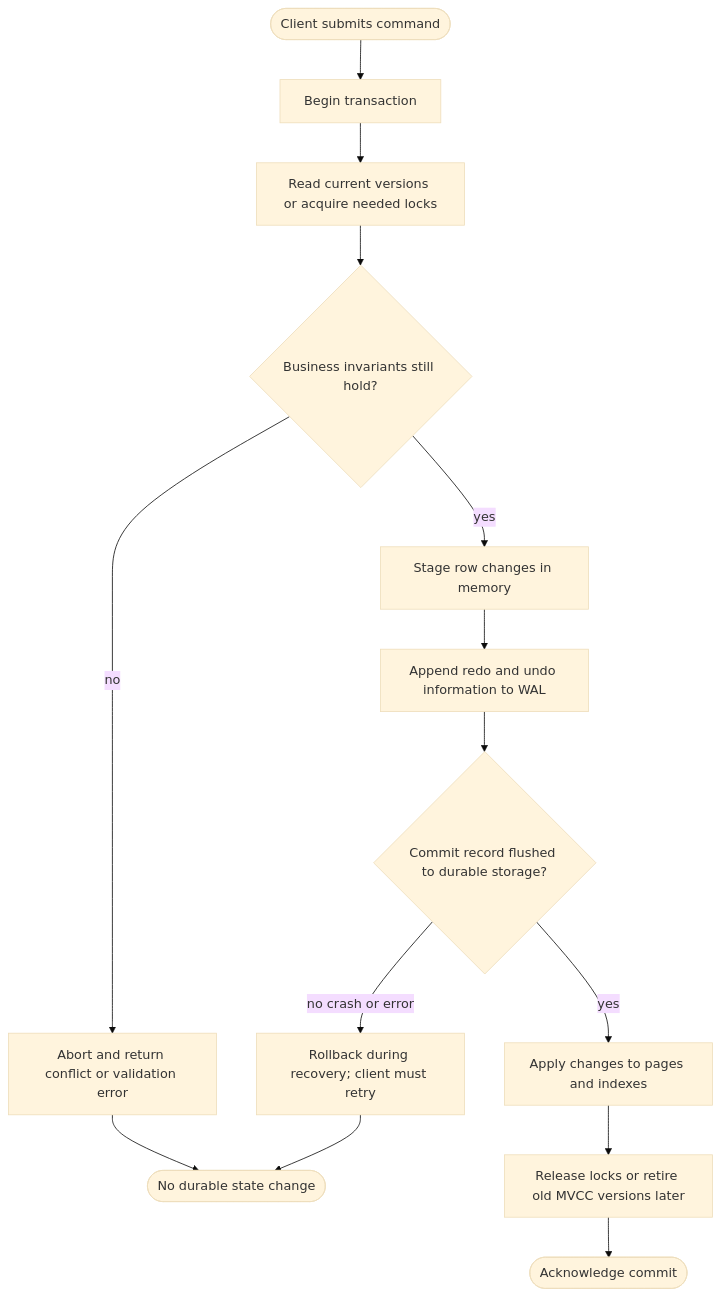
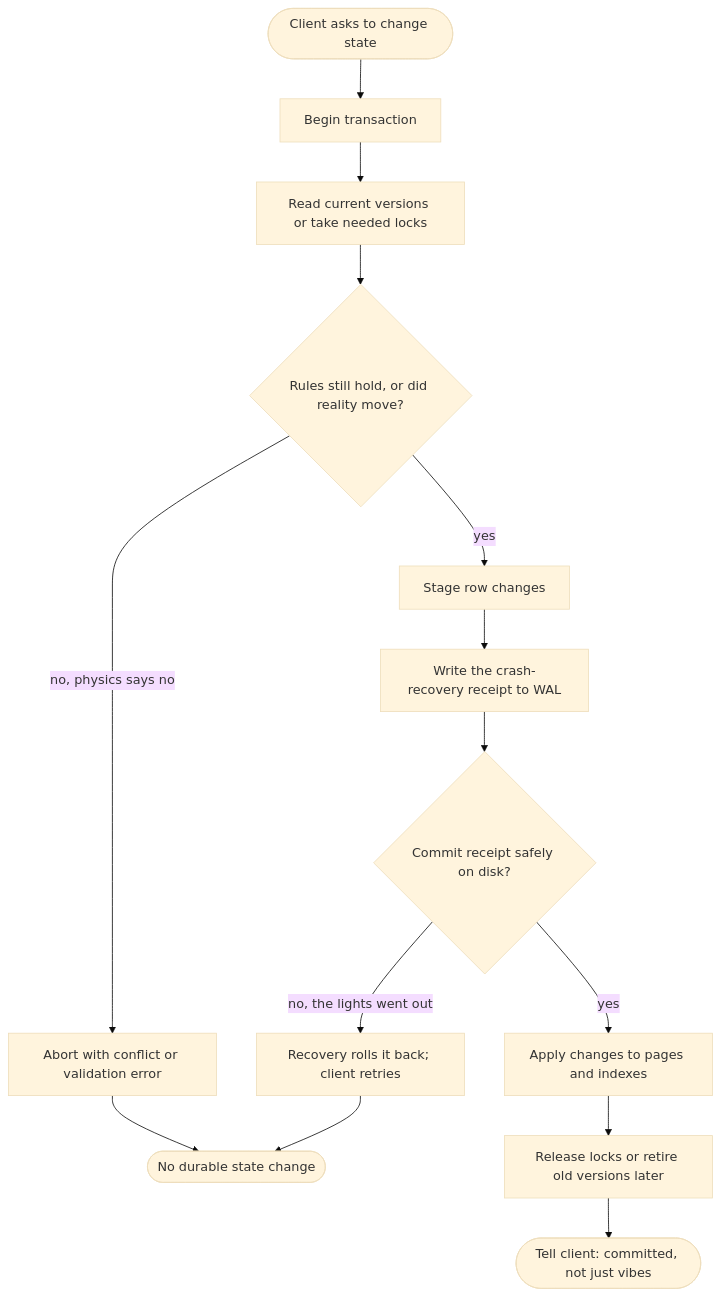
Before and after one commit to P0W/System-Design: the fifth of 5 diagrams in src/ch04-storage-transactions.md, drawn with Mermaid (base theme). The commit also changed other lines of this file and 5 other files, not shown here.

Commit message:
Make diagram guidance more memorable

````diff
--- a/src/ch04-storage-transactions.md
+++ b/src/ch04-storage-transactions.md
@@ -90,16 +90,16 @@
 ```mermaid
 flowchart TD
-  Start([Client submits command]) --> Begin[Begin transaction]
-  Begin --> Read[Read current versions or acquire needed locks]
-  Read --> Check{Business invariants still hold?}
-  Check -->|no| Abort[Abort and return conflict or validation error]
-  Check -->|yes| Stage[Stage row changes in memory]
-  Stage --> WAL[Append redo and undo information to WAL]
-  WAL --> Flush{Commit record flushed to durable storage?}
-  Flush -->|no crash or error| Rollback[Rollback during recovery; client must retry]
+  Start([Client asks to change state]) --> Begin[Begin transaction]
+  Begin --> Read[Read current versions or take needed locks]
+  Read --> Check{Rules still hold, or did reality move?}
+  Check -->|no, physics says no| Abort[Abort with conflict or validation error]
+  Check -->|yes| Stage[Stage row changes]
+  Stage --> WAL[Write the crash-recovery receipt to WAL]
+  WAL --> Flush{Commit receipt safely on disk?}
+  Flush -->|no, the lights went out| Rollback[Recovery rolls it back; client retries]
   Flush -->|yes| Apply[Apply changes to pages and indexes]
-  Apply --> Release[Release locks or retire old MVCC versions later]
-  Release --> Ack([Acknowledge commit])
+  Apply --> Release[Release locks or retire old versions later]
+  Release --> Ack([Tell client: committed, not just vibes])
   Abort --> End([No durable state change])
   Rollback --> End
 ```
````
